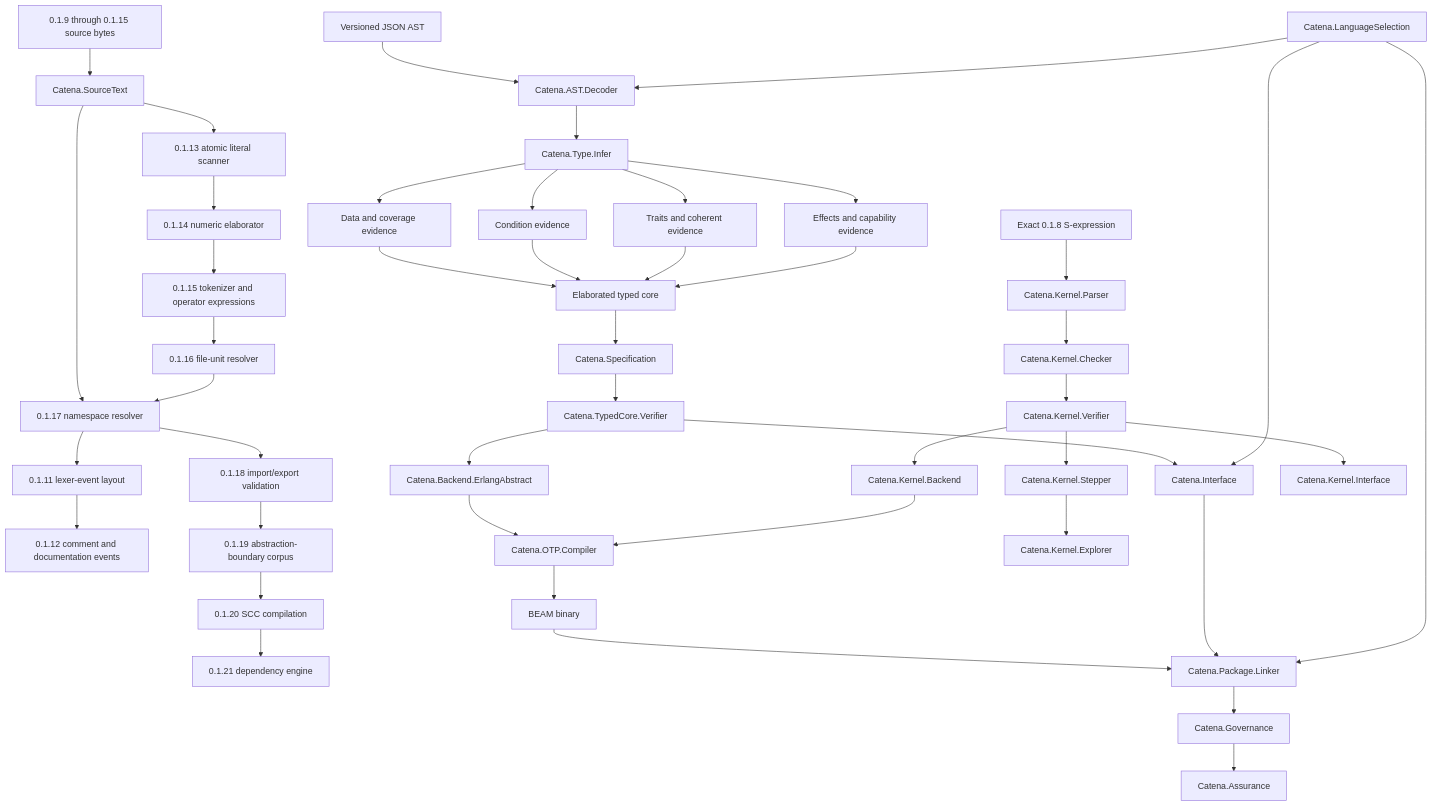
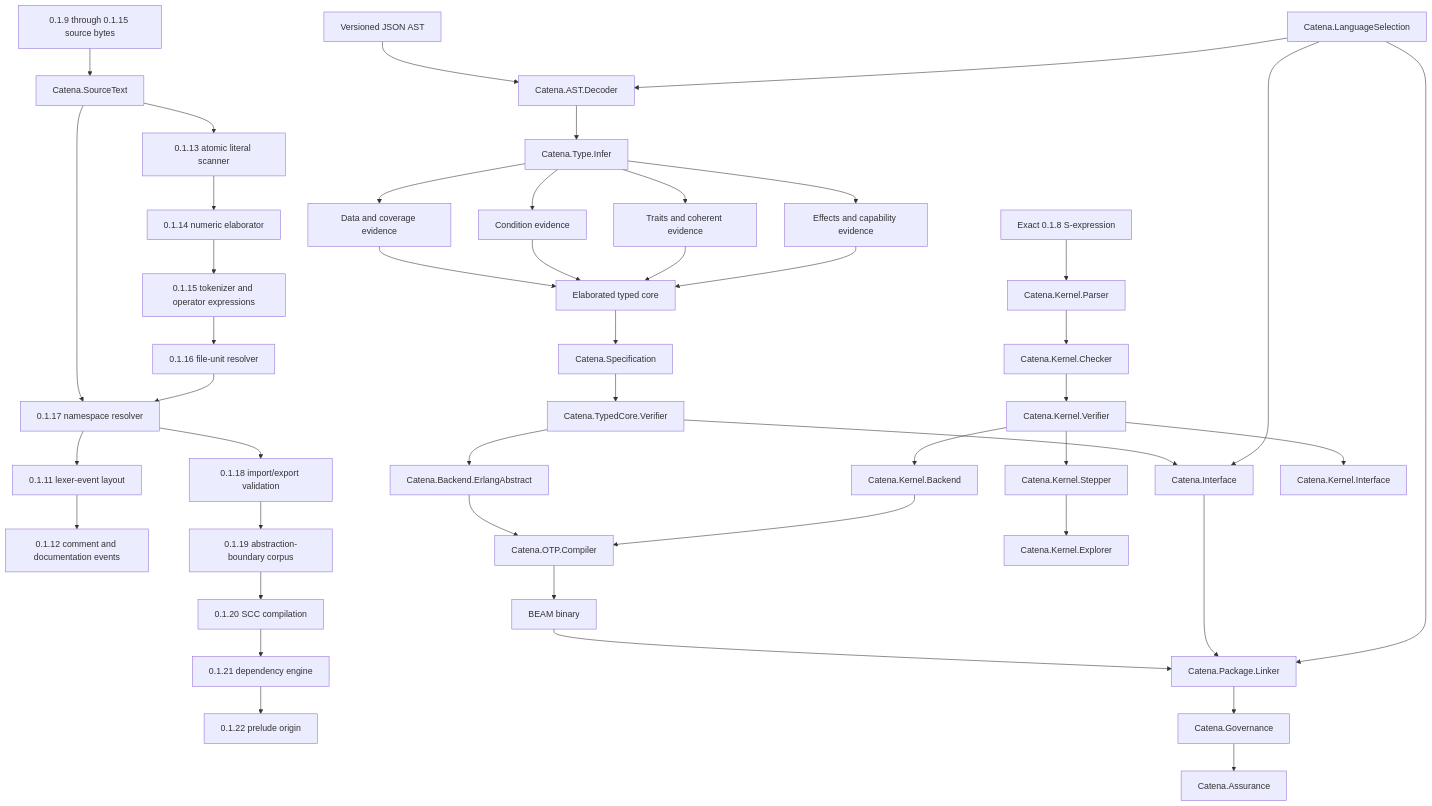
Before and after one commit to pcharbon70/catena: the diagram in guides/development/compiler-architecture.md, drawn with Mermaid. The commit also changed other lines of this file and 32 other files, not shown here.

````diff
--- a/guides/development/compiler-architecture.md
+++ b/guides/development/compiler-architecture.md
@@ -46,48 +46,49 @@
 ```mermaid
 flowchart TD
     JSON[Versioned JSON AST] --> Decoder[Catena.AST.Decoder]
     Kernel[Exact 0.1.8 S-expression] --> KParser[Catena.Kernel.Parser]
     Source[0.1.9 through 0.1.15 source bytes] --> SourceText[Catena.SourceText]
     SourceText --> Names[Standalone 0.1.10 names]
     Names --> Layout[0.1.11 lexer-event layout]
     Layout --> Comments[0.1.12 comment and documentation events]
     SourceText --> Literals[0.1.13 atomic literal scanner]
     Literals --> Numeric[0.1.14 numeric elaborator]
     Numeric --> Tokens[0.1.15 tokenizer and operator expressions]
     Tokens --> FileUnits[0.1.16 file-unit resolver]
     FileUnits --> Names[0.1.17 namespace resolver]
     Names --> Imports[0.1.18 import/export validation]
     Imports --> Abstraction[0.1.19 abstraction-boundary corpus]
     Abstraction --> Cycles[0.1.20 SCC compilation]
     Cycles --> Packages[0.1.21 dependency engine]
+    Packages --> Prelude[0.1.22 prelude origin]
     Selection[Catena.LanguageSelection] --> Decoder
     Decoder --> Infer[Catena.Type.Infer]
     Infer --> Data[Data and coverage evidence]
     Infer --> Cond[Condition evidence]
     Infer --> Cat[Traits and coherent evidence]
     Infer --> FX[Effects and capability evidence]
     Data --> Core[Elaborated typed core]
     Cond --> Core
     Cat --> Core
     FX --> Core
     Core --> Spec[Catena.Specification]
     Spec --> Verify[Catena.TypedCore.Verifier]
     Verify --> Backend[Catena.Backend.ErlangAbstract]
     Backend --> OTP[Catena.OTP.Compiler]
     OTP --> Beam[BEAM binary]
     Verify --> Interface[Catena.Interface]
     KParser --> KCheck[Catena.Kernel.Checker]
     KCheck --> KVerify[Catena.Kernel.Verifier]
     KVerify --> KBackend[Catena.Kernel.Backend]
     KVerify --> Stepper[Catena.Kernel.Stepper]
     Stepper --> Explorer[Catena.Kernel.Explorer]
     KBackend --> OTP
     KVerify --> KInterface[Catena.Kernel.Interface]
 
     Beam --> Linker[Catena.Package.Linker]
     Interface --> Linker
     Selection --> Interface
     Selection --> Linker
     Linker --> Governance[Catena.Governance]
     Governance --> Assurance[Catena.Assurance]
 ```
````
